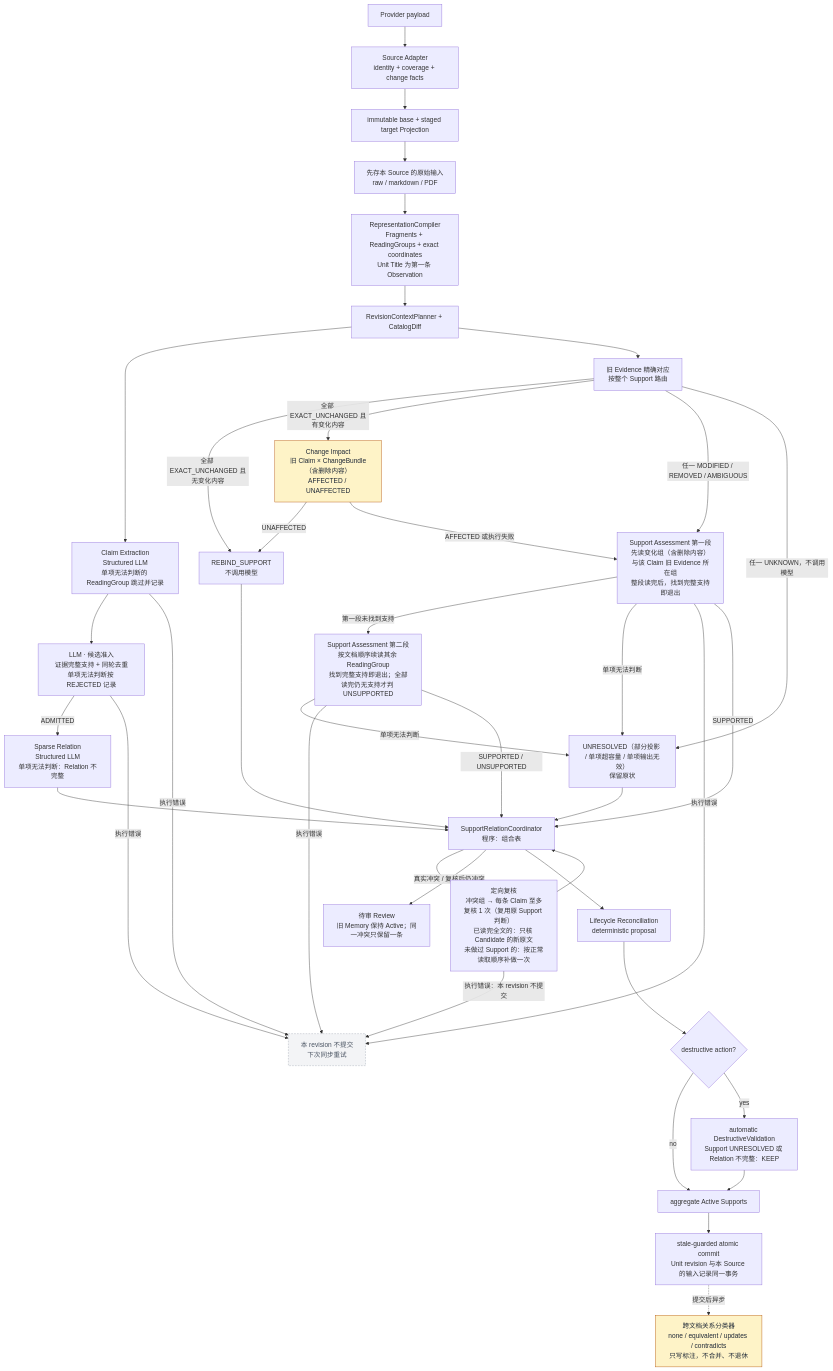
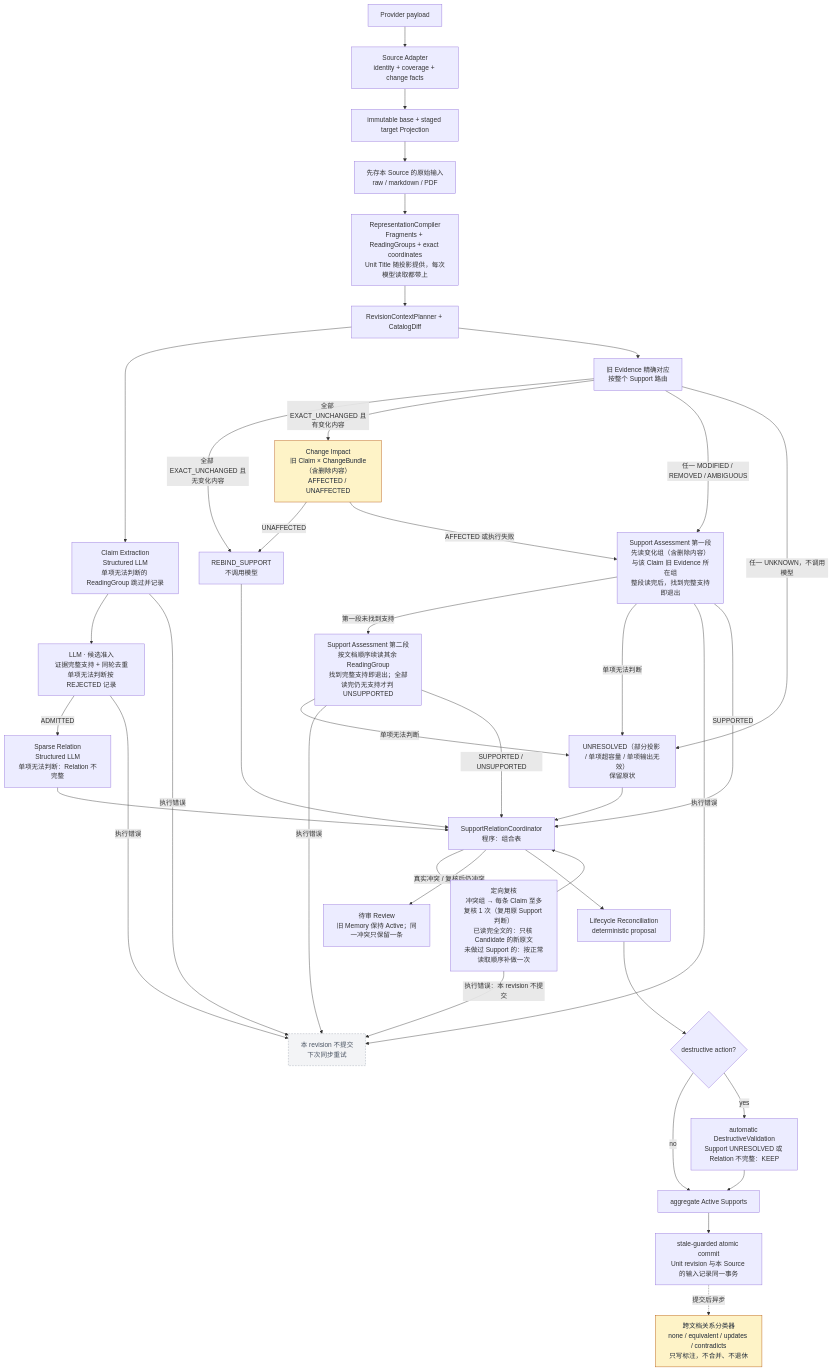
One commit to shno-labs/mem-forge changed the first of 2 diagrams in docs/design/source-sync-to-memory.md. Above: the diagram before and after it, drawn with Mermaid. The commit also changed other lines of this file and 7 other files, not shown here.

````diff
--- a/docs/design/source-sync-to-memory.md
+++ b/docs/design/source-sync-to-memory.md
@@ -31,76 +31,76 @@
 ```mermaid
 flowchart TD
     A[Provider payload] --> B[Source Adapter
 identity + coverage + change facts]
     B --> C[immutable base + staged target Projection]
     C --> SI[先存本 Source 的原始输入
 raw / markdown / PDF]
     SI --> R[RepresentationCompiler
 Fragments + ReadingGroups + exact coordinates
-Unit Title 为第一条 Observation]
+Unit Title 随投影提供，每次模型读取都带上]
     R --> D[RevisionContextPlanner + CatalogDiff]
     D --> E[Claim Extraction
 Structured LLM
 单项无法判断的 ReadingGroup 跳过并记录]
     E --> G[LLM · 候选准入
 证据完整支持 + 同轮去重
 单项无法判断按 REJECTED 记录]
     G -->|ADMITTED| H[Sparse Relation
 Structured LLM
 单项无法判断：Relation 不完整]
     D --> P[旧 Evidence 精确对应
 按整个 Support 路由]
     P -->|全部 EXACT_UNCHANGED 且无变化内容| RB[REBIND_SUPPORT
 不调用模型]
     P -->|全部 EXACT_UNCHANGED 且有变化内容| Y[Change Impact
 旧 Claim × ChangeBundle（含删除内容）
 AFFECTED / UNAFFECTED]
     Y -->|UNAFFECTED| RB
     Y -->|AFFECTED 或执行失败| F1[Support Assessment 第一段
 先读变化组（含删除内容）与该 Claim 旧 Evidence 所在组
 整段读完后，找到完整支持即退出]
     P -->|任一 MODIFIED / REMOVED / AMBIGUOUS| F1
     F1 -->|第一段未找到支持| F2[Support Assessment 第二段
 按文档顺序续读其余 ReadingGroup
 找到完整支持即退出；全部读完仍无支持才判 UNSUPPORTED]
     P -->|任一 UNKNOWN，不调用模型| U[UNRESOLVED（部分投影 / 单项超容量 / 单项输出无效）
 保留原状]
     F1 -->|单项无法判断| U
     F2 -->|单项无法判断| U
     F1 -->|执行错误| XF[本 revision 不提交
 下次同步重试]
     F2 -->|执行错误| XF
     E -->|执行错误| XF
     G -->|执行错误| XF
     RB --> CO[SupportRelationCoordinator
 程序：组合表]
     F1 -->|SUPPORTED| CO
     F2 -->|SUPPORTED / UNSUPPORTED| CO
     U --> CO
     H --> CO
     CO --> RC[定向复核
 冲突组 → 每条 Claim 至多复核 1 次（复用原 Support 判断）
 已读完全文的：只核 Candidate 的新原文
 未做过 Support 的：按正常读取顺序补做一次]
     RC --> CO
     RC -->|执行错误：本 revision 不提交| XF
     CO -->|真实冲突 / 复核后仍冲突| RV[待审 Review
 旧 Memory 保持 Active；同一冲突只保留一条]
     CO --> I[Lifecycle Reconciliation
 deterministic proposal]
     I --> J{destructive action?}
     J -- no --> L[aggregate Active Supports]
     J -- yes --> K[automatic DestructiveValidation
 Support UNRESOLVED 或 Relation 不完整：KEEP]
     K --> L
     L --> M[stale-guarded atomic commit
 Unit revision 与本 Source 的输入记录同一事务]
     M -.->|提交后异步| XD[跨文档关系分类器
 none / equivalent / updates / contradicts
 只写标注，不合并、不退休]
     classDef decision fill:#fef3c7,stroke:#b45309,color:#1f2937
     class Y decision
     classDef failnote fill:#f3f4f6,stroke:#9ca3af,stroke-dasharray:4 3,color:#4b5563
     class XF failnote
     class XD decision
 ```
````
